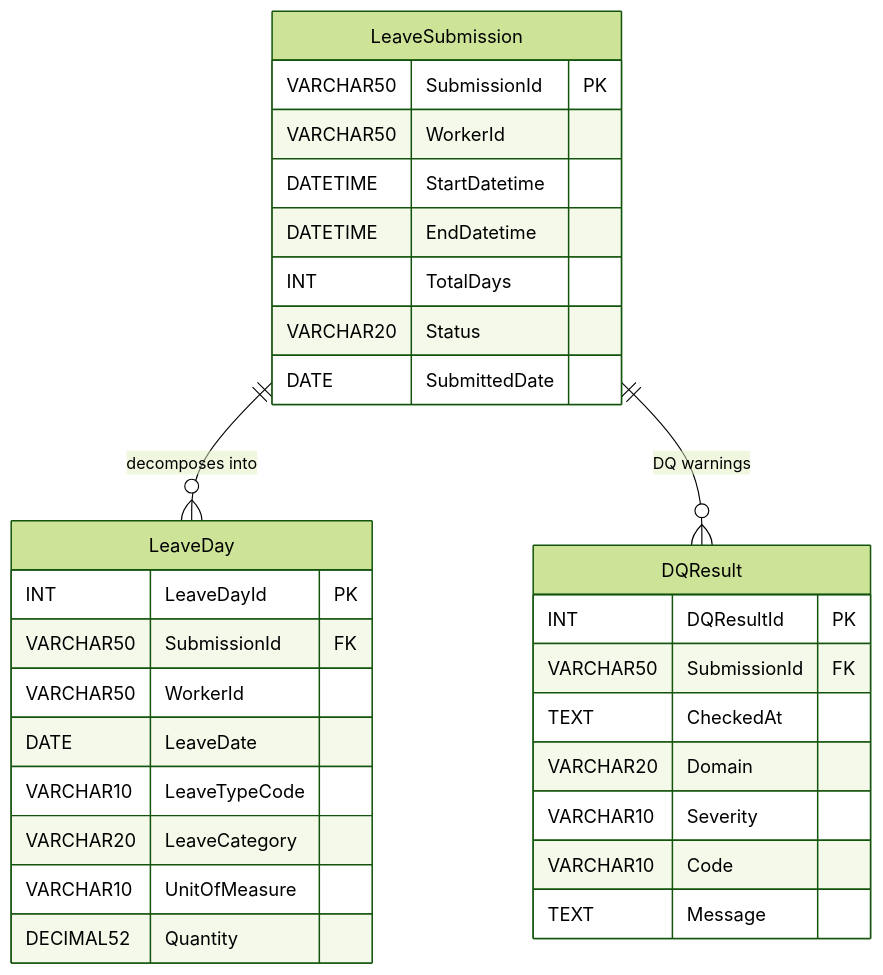
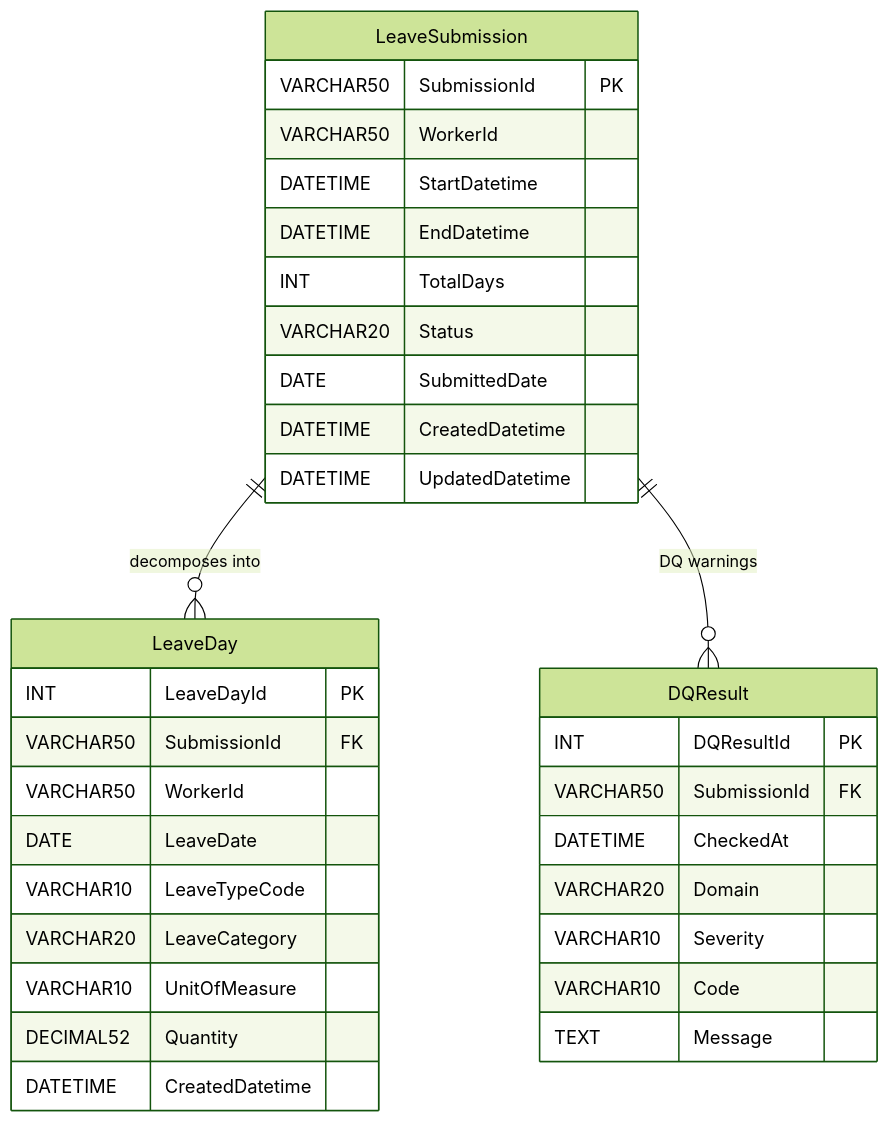
One commit to agripda/phouse changed the diagram in docs/SDD-Leave-Submission-API.md. Above: the diagram before and after it, drawn with Mermaid (forest theme). The commit also changed other lines of this file and 2 other files, not shown here.

````diff
--- a/docs/SDD-Leave-Submission-API.md
+++ b/docs/SDD-Leave-Submission-API.md
@@ -328,33 +333,36 @@
 ```mermaid
 erDiagram
     LeaveSubmission {
         VARCHAR50 SubmissionId PK
         VARCHAR50 WorkerId
         DATETIME StartDatetime
         DATETIME EndDatetime
         INT TotalDays
         VARCHAR20 Status
         DATE SubmittedDate
+        DATETIME CreatedDatetime
+        DATETIME UpdatedDatetime
     }
     LeaveDay {
         INT LeaveDayId PK
         VARCHAR50 SubmissionId FK
         VARCHAR50 WorkerId
         DATE LeaveDate
         VARCHAR10 LeaveTypeCode
         VARCHAR20 LeaveCategory
         VARCHAR10 UnitOfMeasure
         DECIMAL52 Quantity
+        DATETIME CreatedDatetime
     }
     DQResult {
         INT DQResultId PK
         VARCHAR50 SubmissionId FK
-        TEXT CheckedAt
+        DATETIME CheckedAt
         VARCHAR20 Domain
         VARCHAR10 Severity
         VARCHAR10 Code
         TEXT Message
     }
     LeaveSubmission ||--o{ LeaveDay : "decomposes into"
     LeaveSubmission ||--o{ DQResult : "DQ warnings"
 ```
````
